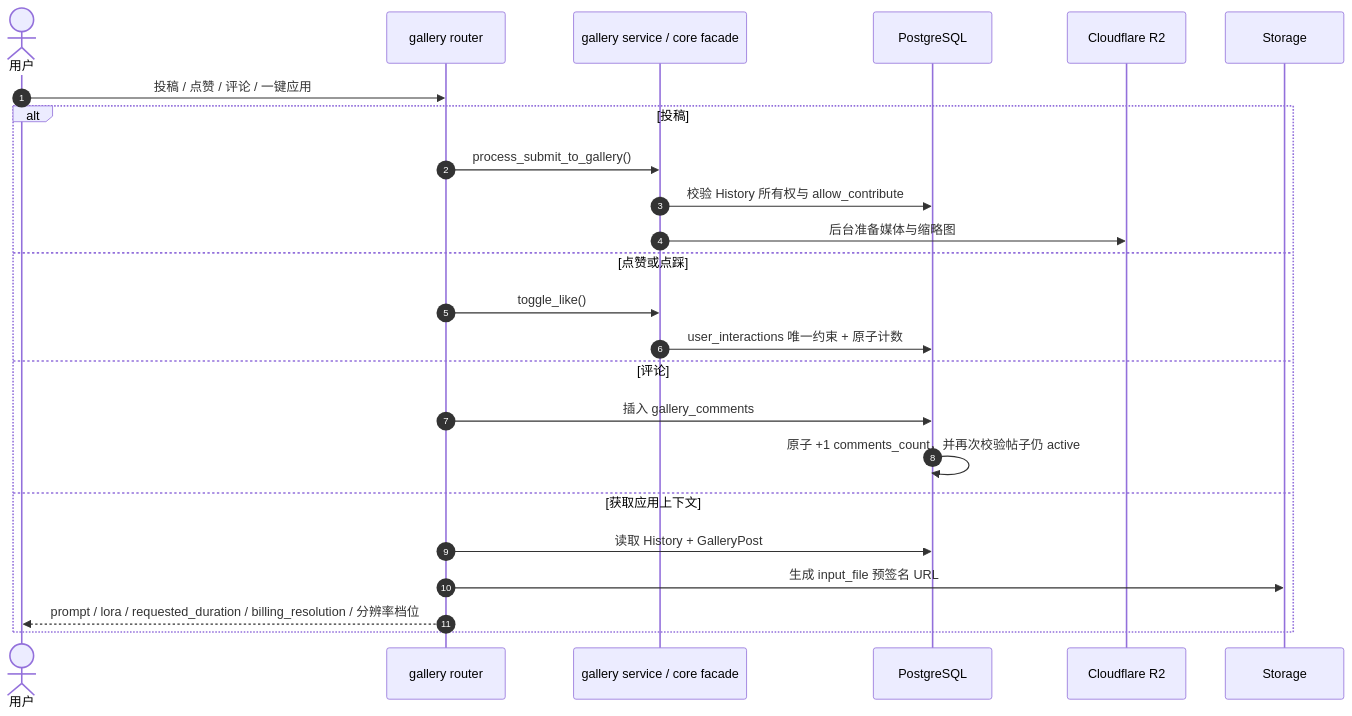
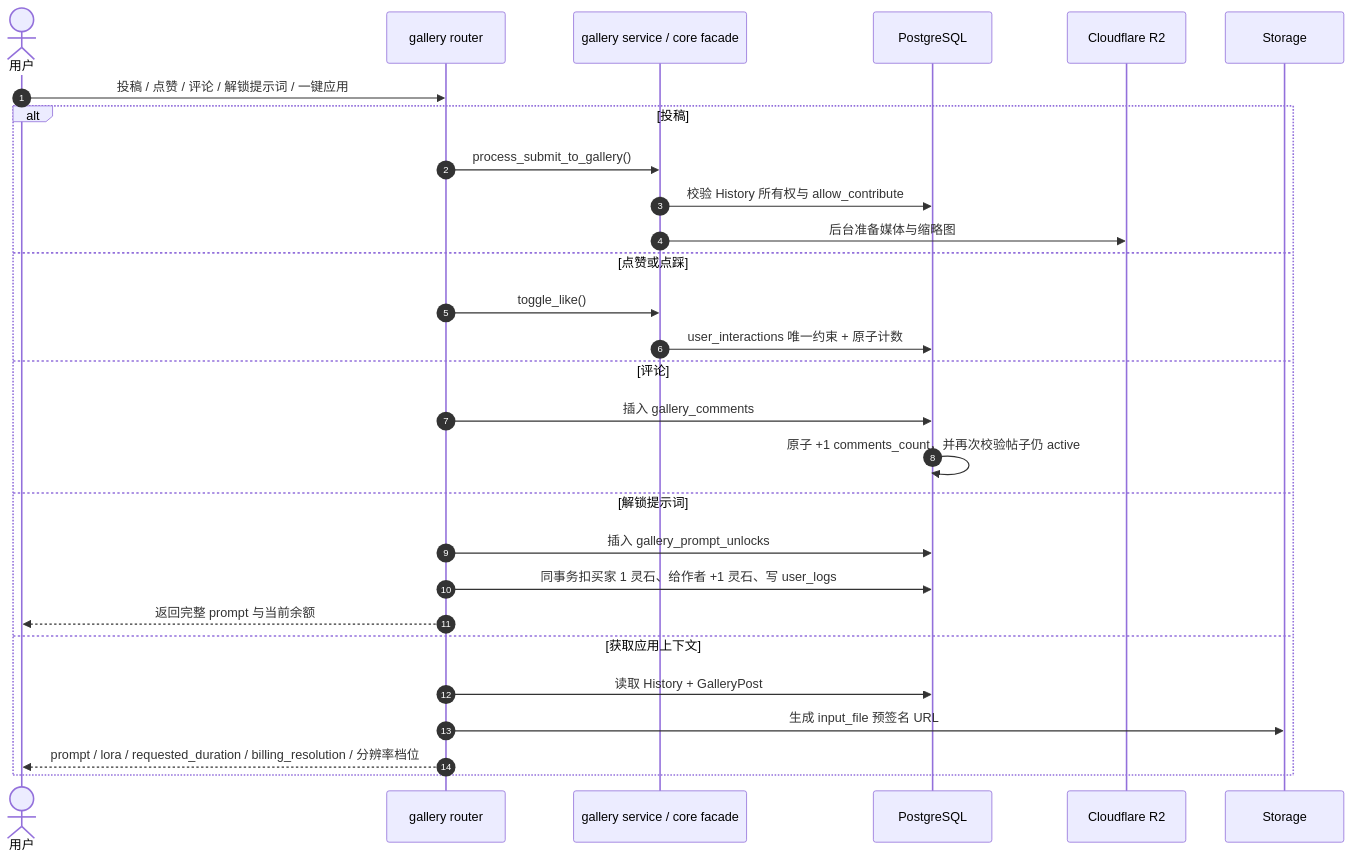
Before and after one commit to giraffu/All_bot: the diagram in docs/子模块_社区与存储_gallery_storage.md, drawn with Mermaid. The commit also changed other lines of this file and 29 other files, not shown here.

````diff
--- a/docs/子模块_社区与存储_gallery_storage.md
+++ b/docs/子模块_社区与存储_gallery_storage.md
@@ -27,27 +30,31 @@
 ```mermaid
 sequenceDiagram
     autonumber
     actor U as 用户
     participant API as gallery router
     participant Core as gallery service / core facade
     participant PG as PostgreSQL
     participant R2 as Cloudflare R2
     participant S as Storage
 
-    U->>API: 投稿 / 点赞 / 评论 / 一键应用
+    U->>API: 投稿 / 点赞 / 评论 / 解锁提示词 / 一键应用
     alt 投稿
         API->>Core: process_submit_to_gallery()
         Core->>PG: 校验 History 所有权与 allow_contribute
         Core->>R2: 后台准备媒体与缩略图
     else 点赞或点踩
         API->>Core: toggle_like()
         Core->>PG: user_interactions 唯一约束 + 原子计数
     else 评论
         API->>PG: 插入 gallery_comments
         PG->>PG: 原子 +1 comments_count，并再次校验帖子仍 active
+    else 解锁提示词
+        API->>PG: 插入 gallery_prompt_unlocks
+        API->>PG: 同事务扣买家 1 灵石、给作者 +1 灵石、写 user_logs
+        API-->>U: 返回完整 prompt 与当前余额
     else 获取应用上下文
         API->>PG: 读取 History + GalleryPost
         API->>S: 生成 input_file 预签名 URL
         API-->>U: prompt / lora / requested_duration / billing_resolution / 分辨率档位
     end
 ```
````
